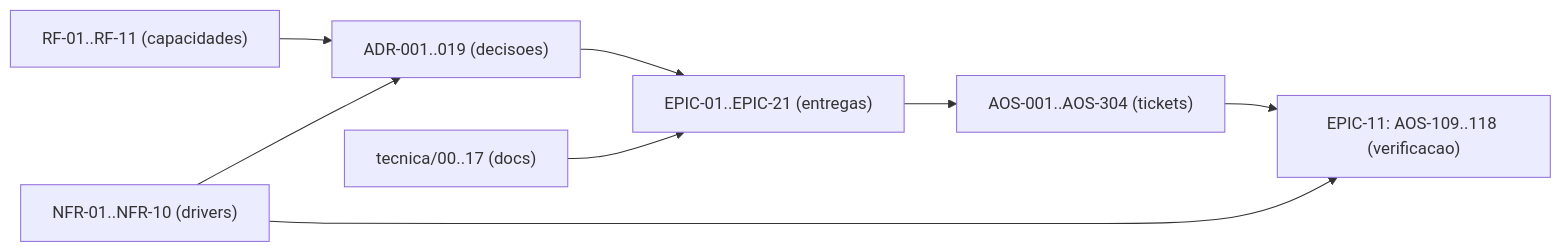
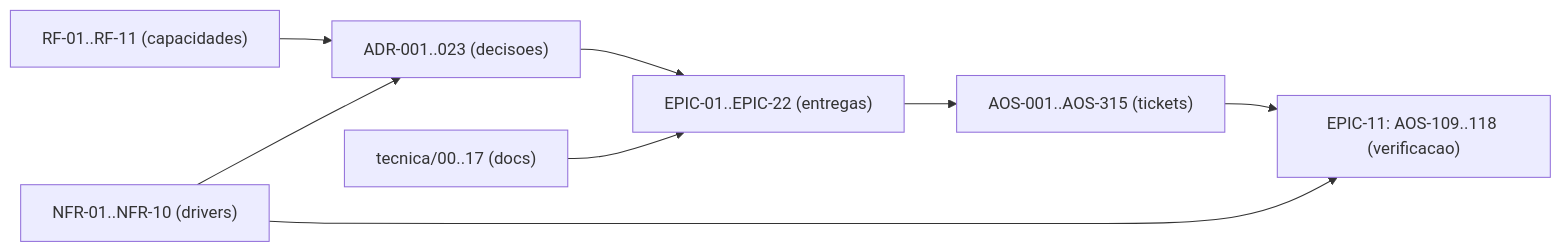
Before and after one commit to albinoJimy/aos: the diagram in tecnica/16_Rastreabilidade_RTM.md, drawn with Mermaid. The commit also changed other lines of this file and 6 other files, not shown here.

````diff
--- a/tecnica/16_Rastreabilidade_RTM.md
+++ b/tecnica/16_Rastreabilidade_RTM.md
@@ -170,10 +176,10 @@
 ```mermaid
 flowchart LR
-    RF["RF-01..RF-11 (capacidades)"] --> ADR["ADR-001..019 (decisoes)"]
+    RF["RF-01..RF-11 (capacidades)"] --> ADR["ADR-001..023 (decisoes)"]
     NFR["NFR-01..NFR-10 (drivers)"] --> ADR
-    ADR --> EPIC["EPIC-01..EPIC-21 (entregas)"]
-    EPIC --> TICK["AOS-001..AOS-304 (tickets)"]
+    ADR --> EPIC["EPIC-01..EPIC-22 (entregas)"]
+    EPIC --> TICK["AOS-001..AOS-315 (tickets)"]
     DOC["tecnica/00..17 (docs)"] --> EPIC
     TICK --> TEST["EPIC-11: AOS-109..118 (verificacao)"]
     NFR --> TEST
 ```
````
